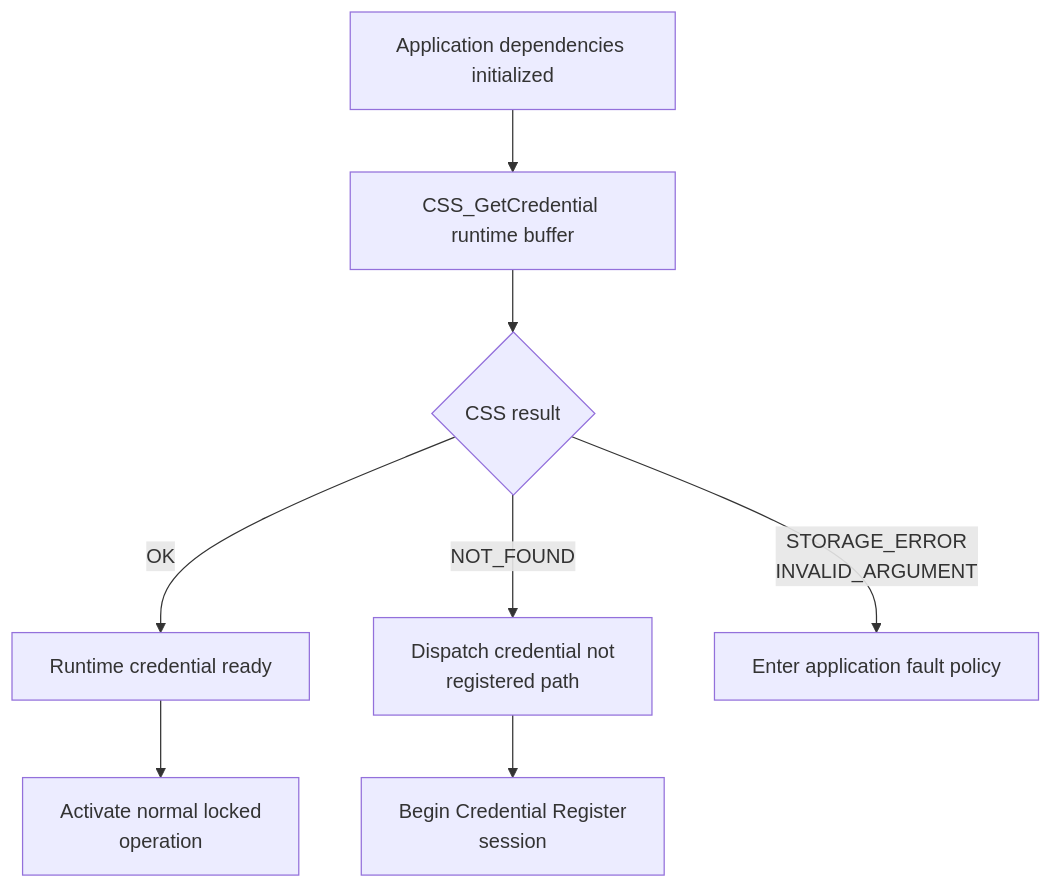
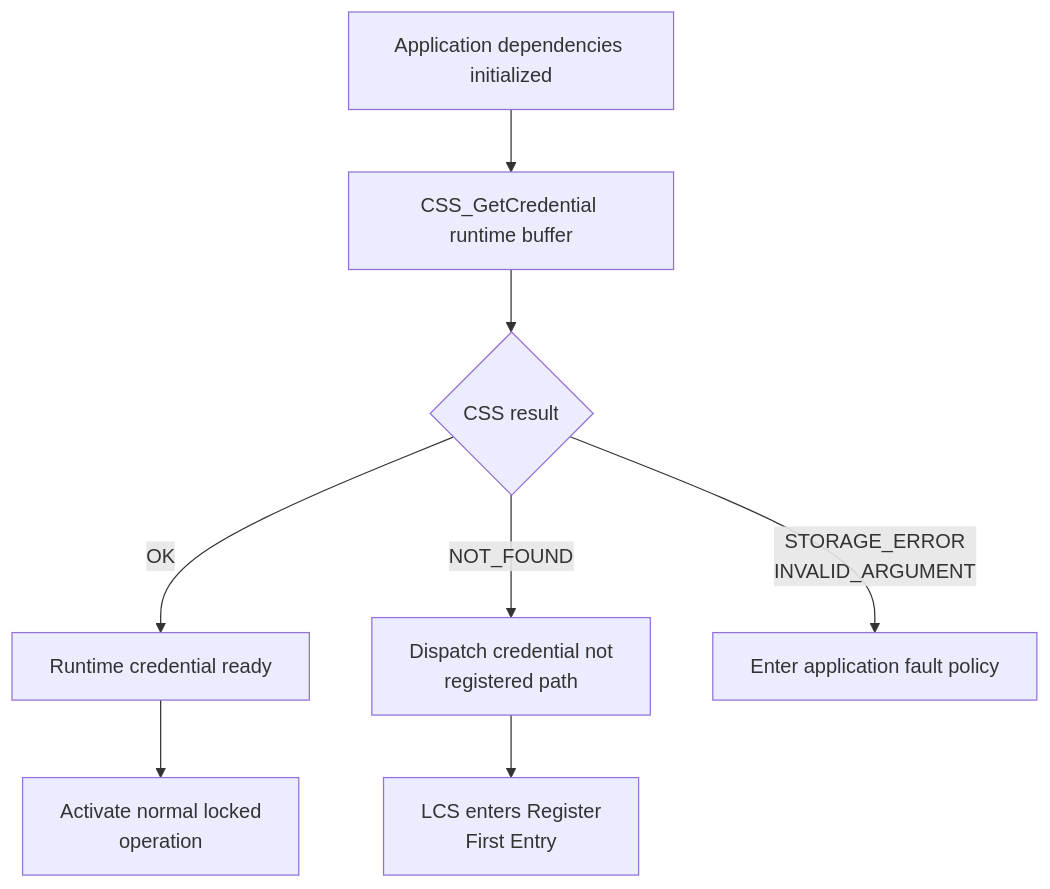
The third of 4 diagrams in Libs/Services/Credential_Storage/README.md (JP-REY/STM32F103C8T6-Based-Electronic-Lock), drawn with Mermaid before and after one commit. The commit also changed other lines of this file and 8 other files, not shown here.

First line of the commit message:
feature(lock-control): integrate credential register flow into FSM

````diff
--- a/Libs/Services/Credential_Storage/README.md
+++ b/Libs/Services/Credential_Storage/README.md
@@ -604,10 +610,10 @@
 ```mermaid
 flowchart TD
     A["Application dependencies initialized"] --> B["CSS_GetCredential runtime buffer"]
     B --> C{"CSS result"}
     C -->|"OK"| D["Runtime credential ready"]
     D --> E["Activate normal locked <br/>operation"]
     C -->|"NOT_FOUND"| F["Dispatch credential not <br/>registered path"]
-    F --> G["Begin Credential Register<br/> session"]
+    F --> G["LCS enters Register<br/>First Entry"]
     C -->|"STORAGE_ERROR<br/>INVALID_ARGUMENT"| H["Enter application fault policy"]
 ```
````
